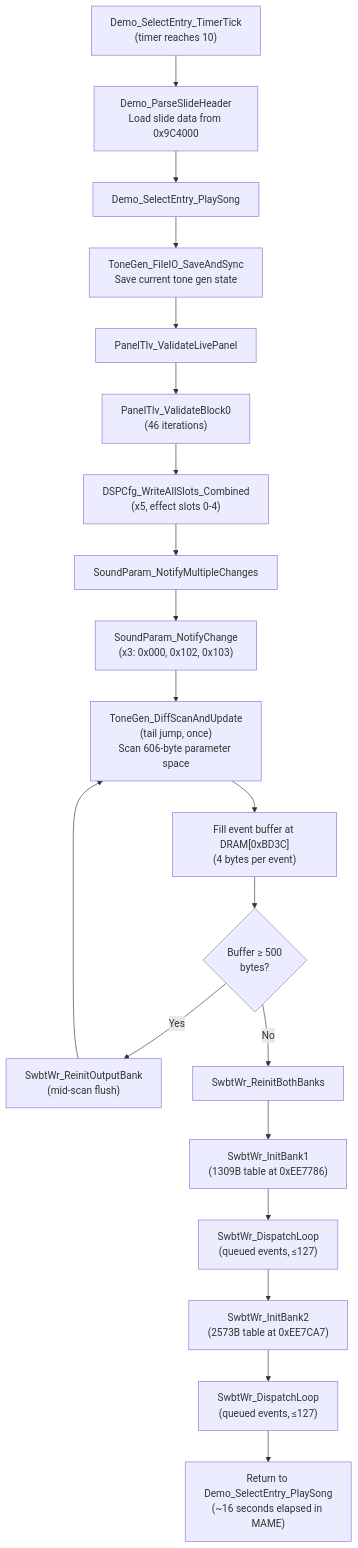
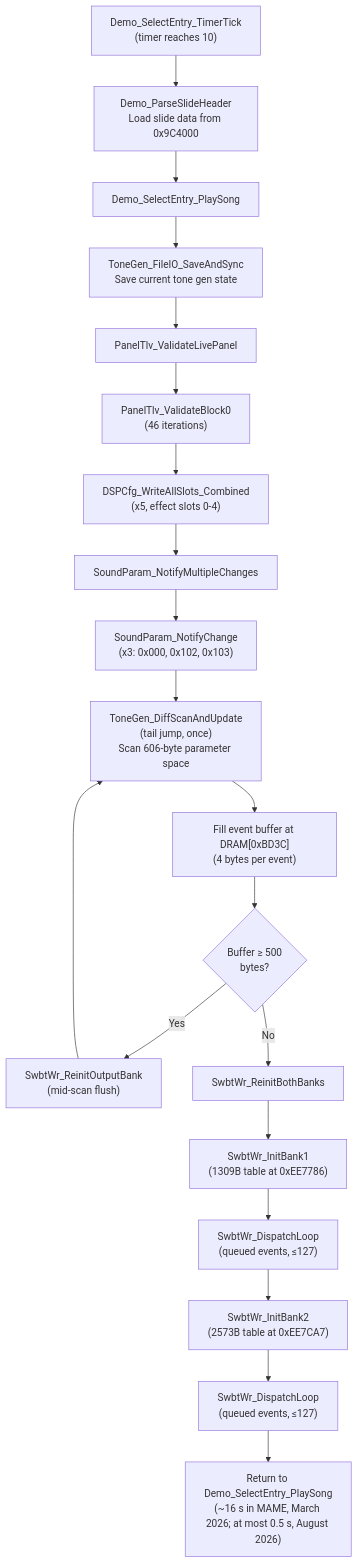
The second of 4 diagrams in swbwr-tone-init.md (ArqueologiaDigital/technics-docs), drawn with Mermaid before and after one commit. The commit also changed other lines of this file, not shown here.

````diff
--- a/swbwr-tone-init.md
+++ b/swbwr-tone-init.md
@@ -240,26 +240,26 @@
 ```mermaid
 flowchart TD
     TICK["Demo_SelectEntry_TimerTick<br/>(timer reaches 10)"] --> PARSE["Demo_ParseSlideHeader<br/>Load slide data from 0x9C4000"]
     PARSE --> PLAY["Demo_SelectEntry_PlaySong"]
 
     PLAY --> SAVE["ToneGen_FileIO_SaveAndSync<br/>Save current tone gen state"]
     SAVE --> INIT["PanelTlv_ValidateLivePanel"]
     INIT --> DSP["PanelTlv_ValidateBlock0<br/>(46 iterations)"]
     DSP --> SLOTS["DSPCfg_WriteAllSlots_Combined<br/>(x5, effect slots 0-4)"]
     SLOTS --> NOTIFY["SoundParam_NotifyMultipleChanges"]
 
     NOTIFY --> CH["SoundParam_NotifyChange<br/>(x3: 0x000, 0x102, 0x103)"]
     CH --> DIFF["ToneGen_DiffScanAndUpdate<br/>(tail jump, once)<br/>Scan 606-byte parameter space"]
 
     DIFF --> FILL["Fill event buffer at DRAM[0xBD3C]<br/>(4 bytes per event)"]
     FILL --> FLUSH{"Buffer ≥ 500<br/>bytes?"}
     FLUSH -- "Yes" --> MIDFLUSH["SwbtWr_ReinitOutputBank<br/>(mid-scan flush)"]
     MIDFLUSH --> DIFF
     FLUSH -- "No" --> SWBT["SwbtWr_ReinitBothBanks"]
 
     SWBT --> B1["SwbtWr_InitBank1<br/>(1309B table at 0xEE7786)"]
     B1 --> LOOP1["SwbtWr_DispatchLoop<br/>(queued events, ≤127)"]
     LOOP1 --> B2["SwbtWr_InitBank2<br/>(2573B table at 0xEE7CA7)"]
     B2 --> LOOP2["SwbtWr_DispatchLoop<br/>(queued events, ≤127)"]
-    LOOP2 --> DONE["Return to Demo_SelectEntry_PlaySong<br/>(~16 seconds elapsed in MAME)"]
+    LOOP2 --> DONE["Return to Demo_SelectEntry_PlaySong<br/>(~16 s in MAME, March 2026; at most 0.5 s, August 2026)"]
 ```
````
